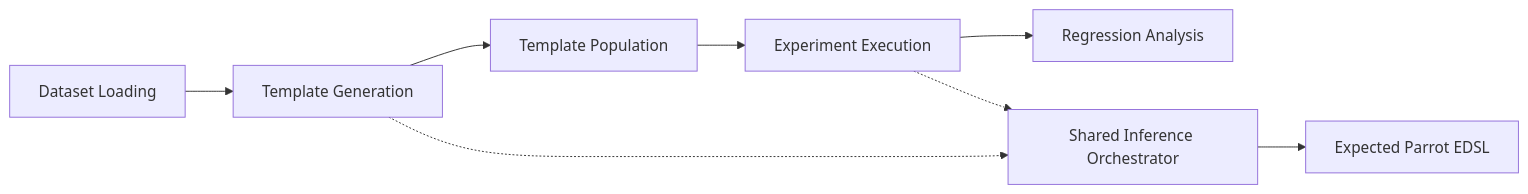
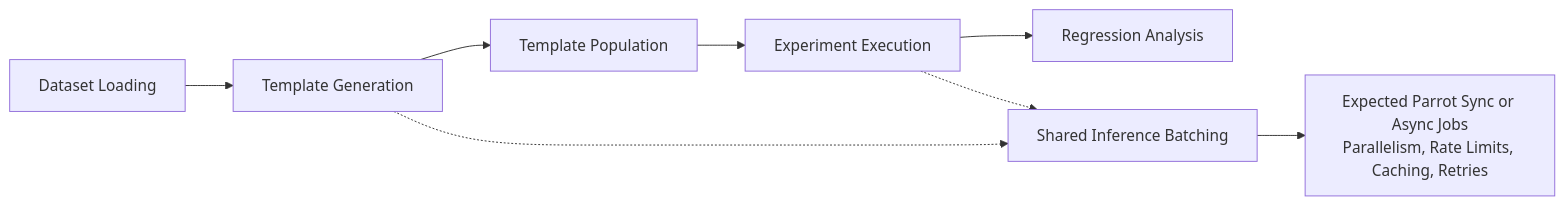
Before and after one commit to KirillUtyashev/LLM_AuditKit: the diagram in docs/architecture/architecture_overview.mmd, drawn with Mermaid. The commit also changed 9 other files, not shown here.

Commit message:
Document batched sync and async inference

```diff
--- a/docs/architecture/architecture_overview.mmd
+++ b/docs/architecture/architecture_overview.mmd
@@ -1,12 +1,12 @@
 ---
 config:
   theme: mc
 ---
 flowchart LR
     A[Dataset Loading] --> B[Template Generation]
     B --> C[Template Population]
     C --> D[Experiment Execution]
     D --> E[Regression Analysis]
-    B -.-> I[Shared Inference Orchestrator]
+    B -.-> I[Shared Inference Batching]
     D -.-> I
-    I --> F[Expected Parrot EDSL]
+    I --> F[Expected Parrot Sync or Async Jobs<br/>Parallelism, Rate Limits, Caching, Retries]
```
